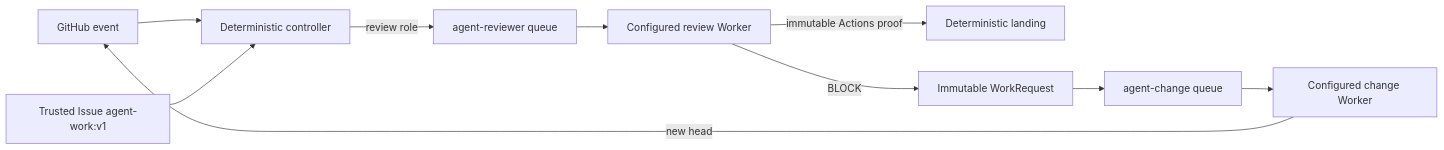
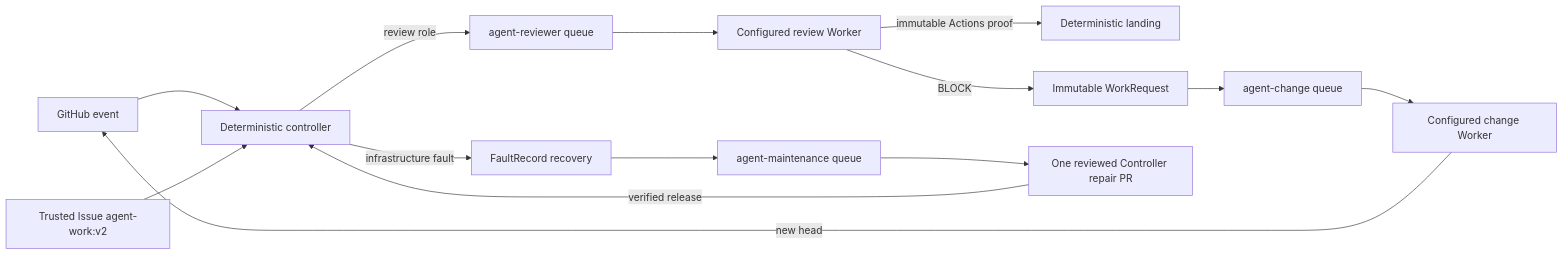
The diagram in docs/architecture.md (Ornn8/dsh-agent-automation), drawn with Mermaid before and after one commit. The commit also changed other lines of this file and 8 other files, not shown here.

````diff
--- a/docs/architecture.md
+++ b/docs/architecture.md
@@ -41,12 +51,16 @@
 ```mermaid
 flowchart LR
   G["GitHub event"] --> C["Deterministic controller"]
-  I["Trusted Issue agent-work:v1"] --> C
+  I["Trusted Issue agent-work:v2"] --> C
   C -->|"review role"| RQ["agent-reviewer queue"]
   RQ --> RA["Configured review Worker"]
   RA -->|"immutable Actions proof"| L["Deterministic landing"]
   RA -->|"BLOCK"| W["Immutable WorkRequest"]
   W --> CQ["agent-change queue"]
   CQ --> CA["Configured change Worker"]
   CA -->|"new head"| G
+  C -->|"infrastructure fault"| F["FaultRecord recovery"]
+  F --> MQ["agent-maintenance queue"]
+  MQ --> MP["One reviewed Controller repair PR"]
+  MP -->|"verified release"| C
 ```
````
